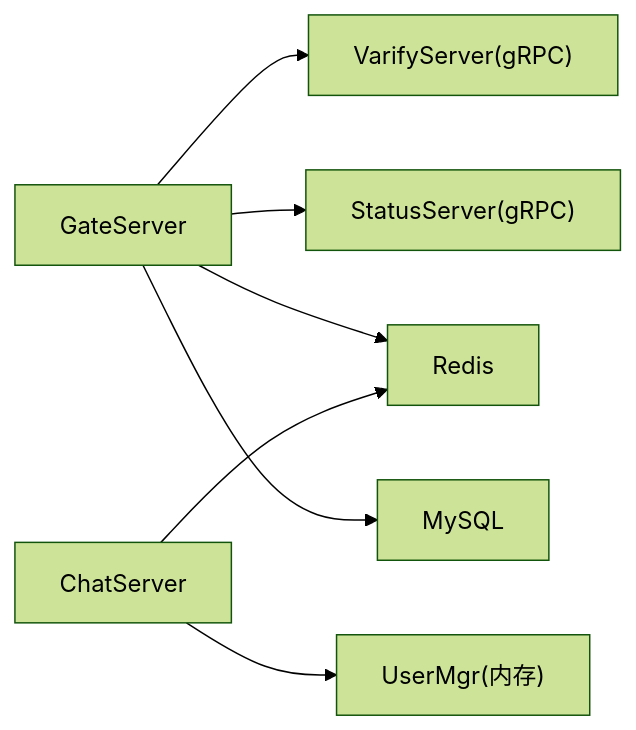
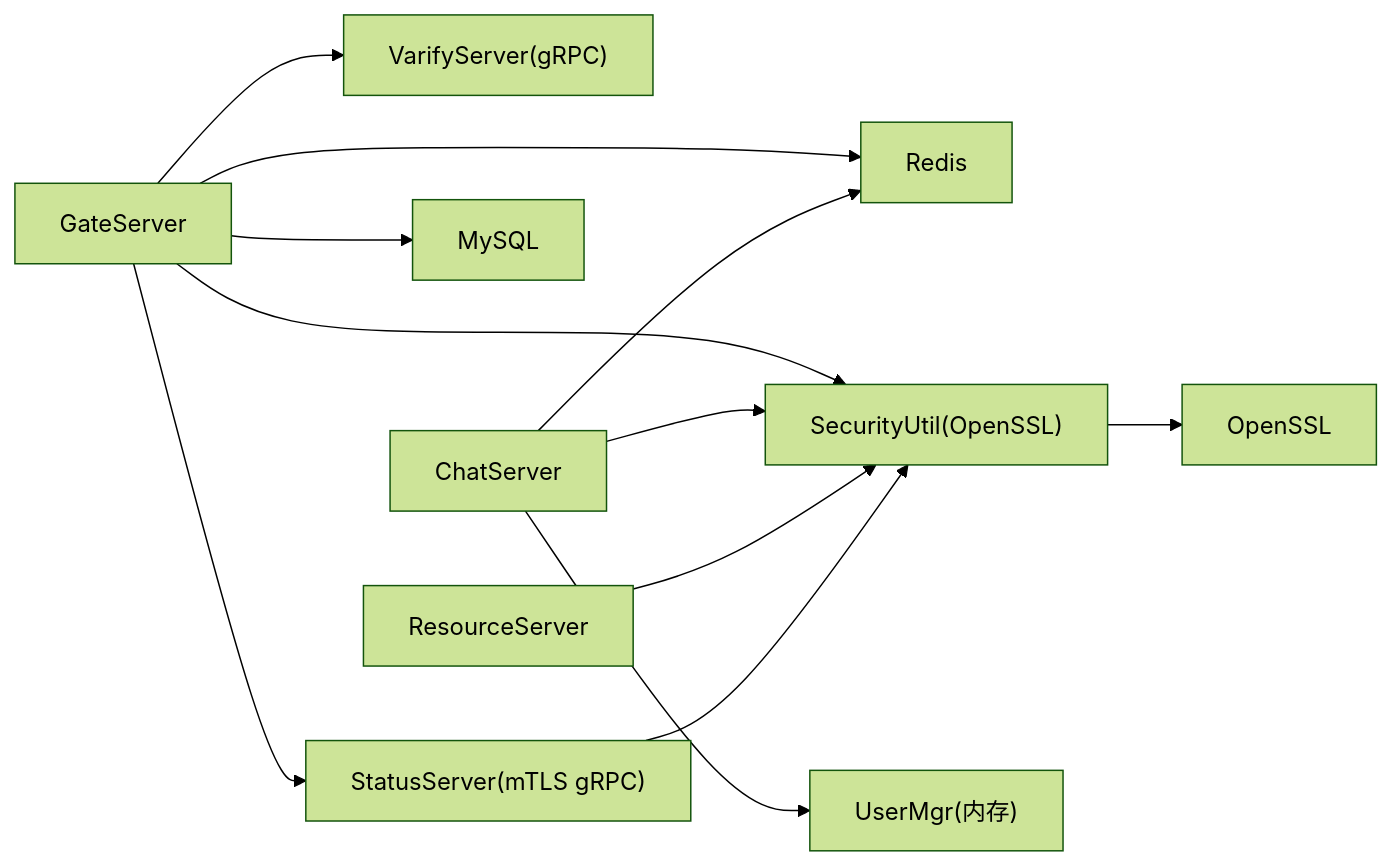
Before and after one commit to echo9923/mychatter: diagram 11 of 11 in .qoder/repowiki/zh/content/安全设计/身份认证系统/身份认证系统.md, drawn with Mermaid (forest theme). The commit also changed other lines of this file and 107 other files, not shown here.

````diff
--- a/.qoder/repowiki/zh/content/安全设计/身份认证系统/身份认证系统.md
+++ b/.qoder/repowiki/zh/content/安全设计/身份认证系统/身份认证系统.md
@@ -362,9 +467,14 @@
 ```mermaid
 graph LR
 Gate["GateServer"] --> Verify["VarifyServer(gRPC)"]
-Gate --> Status["StatusServer(gRPC)"]
+Gate --> Status["StatusServer(mTLS gRPC)"]
 Gate --> Redis["Redis"]
 Gate --> MySQL["MySQL"]
+Gate --> SecUtil["SecurityUtil(OpenSSL)"]
 Chat["ChatServer"] --> Redis
 Chat --> UserMgr["UserMgr(内存)"]
+Chat --> SecUtil
+Resource["ResourceServer"] --> SecUtil
+Status --> SecUtil
+SecUtil --> OpenSSL["OpenSSL"]
 ```
````
